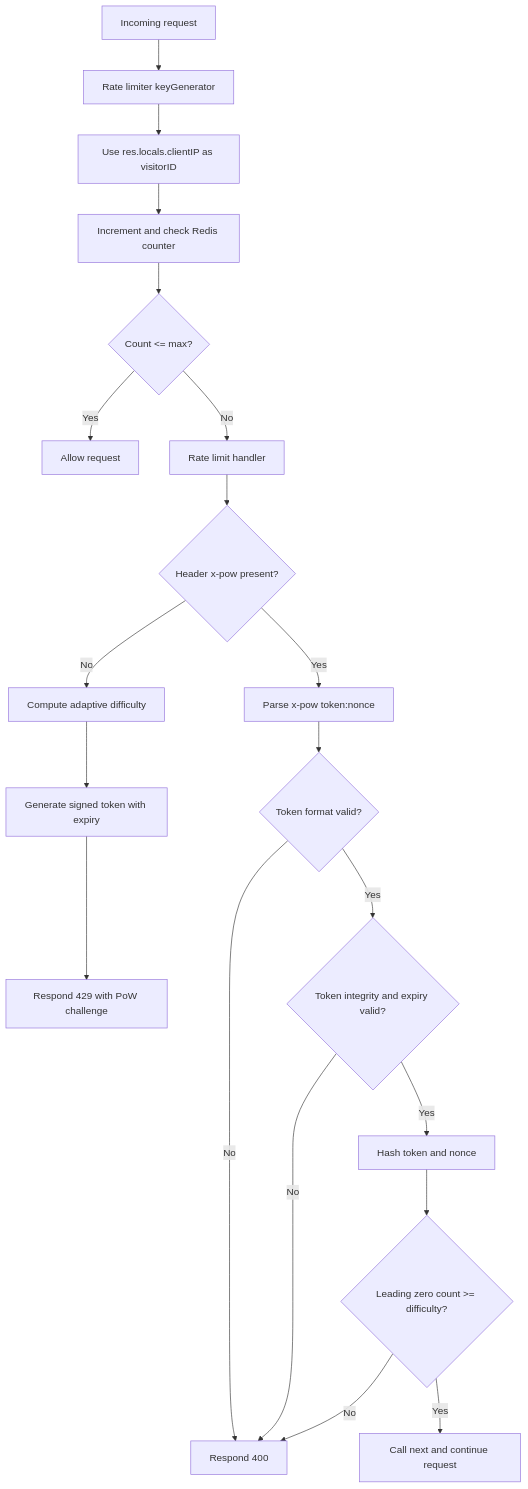
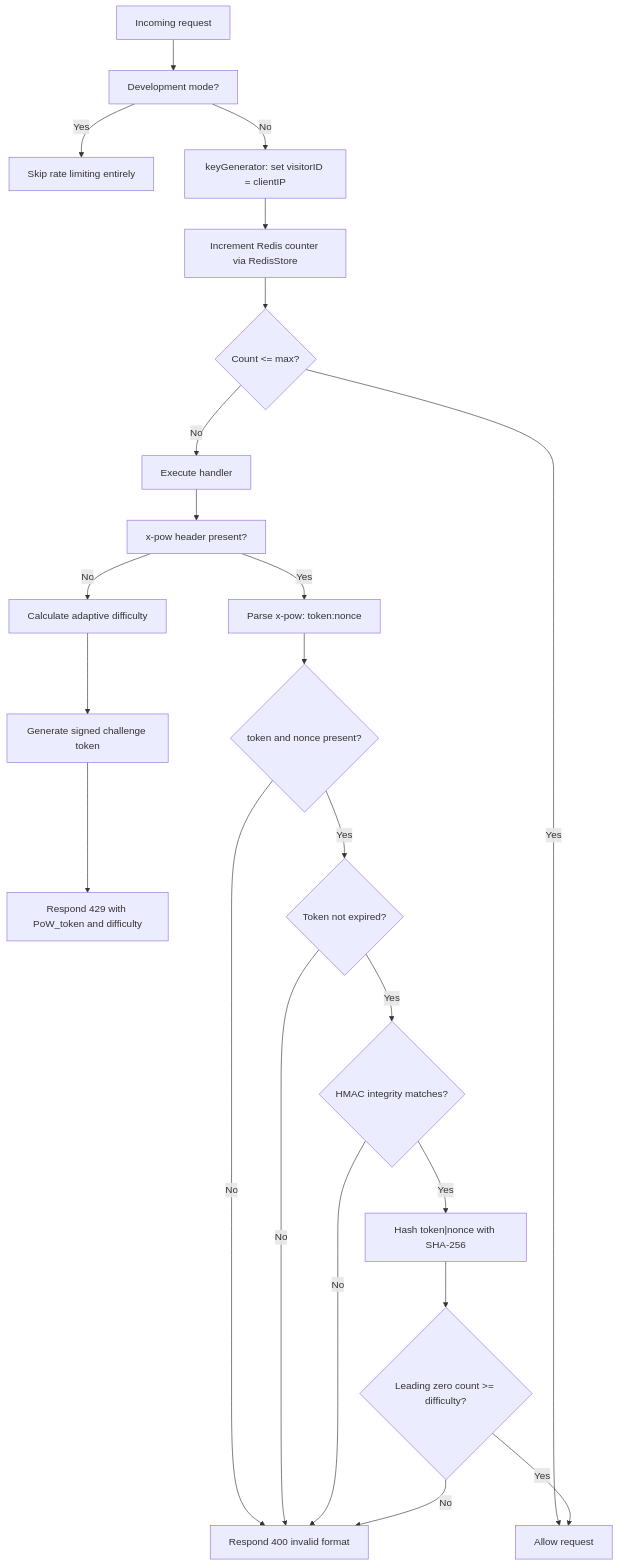
Before and after one commit to IamDevTrivedi/Trimium: the second of 6 diagrams in docs/architecture/RATE_LIMITER_ARCHITECTURE.md, drawn with Mermaid. The commit also changed other lines of this file and 5 other files, not shown here.

````diff
--- a/docs/architecture/RATE_LIMITER_ARCHITECTURE.md
+++ b/docs/architecture/RATE_LIMITER_ARCHITECTURE.md
@@ -56,25 +49,28 @@
 ```mermaid
 flowchart TD
-    A[Incoming request] --> B[Rate limiter keyGenerator]
-    B --> C[Use res.locals.clientIP as visitorID]
-    C --> D[Increment and check Redis counter]
+    A[Incoming request] --> B[Development mode?]
+    B -- Yes --> Z[Skip rate limiting entirely]
+    B -- No --> C[keyGenerator: set visitorID = clientIP]
+    C --> D[Increment Redis counter via RedisStore]
 
     D --> E{Count <= max?}
     E -- Yes --> F[Allow request]
-    E -- No --> G[Rate limit handler]
+    E -- No --> G[Execute handler]
 
-    G --> H{Header x-pow present?}
-    H -- No --> I[Compute adaptive difficulty]
-    I --> J[Generate signed token with expiry]
-    J --> K[Respond 429 with PoW challenge]
+    G --> H[x-pow header present?]
+    H -- No --> I[Calculate adaptive difficulty]
+    I --> J[Generate signed challenge token]
+    J --> K[Respond 429 with PoW_token and difficulty]
 
-    H -- Yes --> L[Parse x-pow token:nonce]
-    L --> M{Token format valid?}
-    M -- No --> N[Respond 400]
-    M -- Yes --> O{Token integrity and expiry valid?}
+    H -- Yes --> L[Parse x-pow: token:nonce]
+    L --> M{token and nonce present?}
+    M -- No --> N[Respond 400 invalid format]
+    M -- Yes --> O{Token not expired?}
     O -- No --> N
-    O -- Yes --> P[Hash token and nonce]
-    P --> Q{Leading zero count >= difficulty?}
-    Q -- No --> N
-    Q -- Yes --> R[Call next and continue request]
+    O -- Yes --> P{HMAC integrity matches?}
+    P -- No --> N
+    P -- Yes --> Q["Hash token|nonce with SHA-256"]
+    Q --> R{"Leading zero count >= difficulty?"}
+    R -- No --> N
+    R -- Yes --> F
 ```
````
